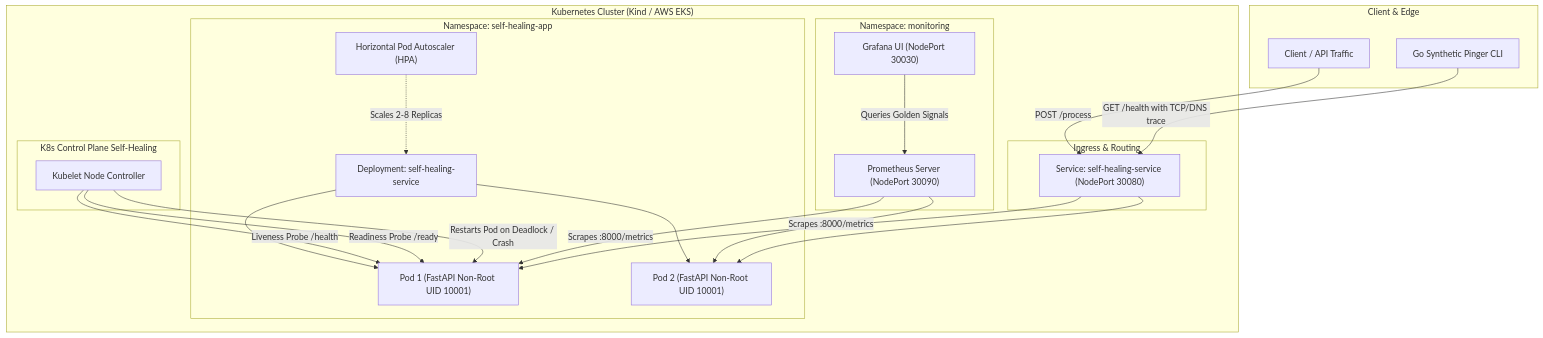
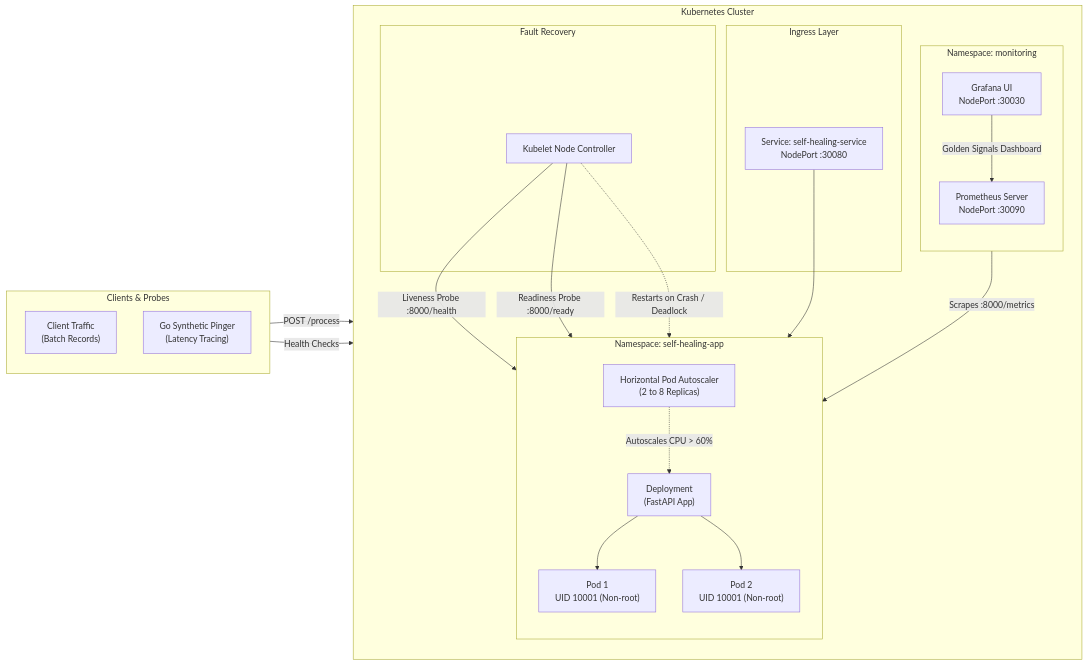
Before and after one commit to PSaanviBhat/Self-Healing-Containerized-Service-on-Kubernetes: the diagram in README.md, drawn with Mermaid.

Commit message:
Improve Mermaid architecture diagram layout and prevent label overlapping

````diff
--- a/README.md
+++ b/README.md
@@ -16,39 +16,47 @@
 ```mermaid
-flowchart TD
-    subgraph Client & Edge
-        Client["Client / API Traffic"]
-        GoCLI["Go Synthetic Pinger CLI"]
+flowchart LR
+    subgraph Traffic["Clients & Probes"]
+        direction TB
+        Client["Client Traffic<br/>(Batch Records)"]
+        GoCLI["Go Synthetic Pinger<br/>(Latency Tracing)"]
     end
 
-    subgraph Cluster ["Kubernetes Cluster (Kind / AWS EKS)"]
-        subgraph IngressLayer ["Ingress & Routing"]
-            Svc["Service: self-healing-service (NodePort 30080)"]
+    subgraph Cluster["Kubernetes Cluster"]
+        direction TB
+
+        subgraph Ingress["Ingress Layer"]
+            Svc["Service: self-healing-service<br/>NodePort :30080"]
         end
 
-        subgraph Workloads ["Namespace: self-healing-app"]
-            HPA["Horizontal Pod Autoscaler (HPA)"] -.->|Scales 2-8 Replicas| Deploy["Deployment: self-healing-service"]
-            Deploy --> Pod1["Pod 1 (FastAPI Non-Root UID 10001)"]
-            Deploy --> Pod2["Pod 2 (FastAPI Non-Root UID 10001)"]
+        subgraph AppNamespace["Namespace: self-healing-app"]
+            direction TB
+            Deploy["Deployment<br/>(FastAPI App)"]
+            HPA["Horizontal Pod Autoscaler<br/>(2 to 8 Replicas)"]
+            Pod1["Pod 1<br/>UID 10001 (Non-root)"]
+            Pod2["Pod 2<br/>UID 10001 (Non-root)"]
+
+            HPA -.->|Autoscales CPU > 60%| Deploy
+            Deploy --> Pod1
+            Deploy --> Pod2
         end
 
-        subgraph Probes ["K8s Control Plane Self-Healing"]
+        subgraph Healing["Fault Recovery"]
             Kubelet["Kubelet Node Controller"]
-            Kubelet -->|Liveness Probe /health| Pod1
-            Kubelet -->|Readiness Probe /ready| Pod1
-            Kubelet -->|Restarts Pod on Deadlock / Crash| Pod1
+            Kubelet -->|Liveness Probe :8000/health| Pod1
+            Kubelet -->|Readiness Probe :8000/ready| Pod1
+            Kubelet -.->|Restarts on Crash / Deadlock| Pod1
         end
 
-        subgraph Observability ["Namespace: monitoring"]
-            Prom["Prometheus Server (NodePort 30090)"]
-            Grafana["Grafana UI (NodePort 30030)"]
-            Prom -->|Scrapes :8000/metrics| Pod1
+        subgraph Monitoring["Namespace: monitoring"]
+            direction TB
+            Prom["Prometheus Server<br/>NodePort :30090"]
+            Grafana["Grafana UI<br/>NodePort :30030"]
             Prom -->|Scrapes :8000/metrics| Pod2
-            Grafana -->|Queries Golden Signals| Prom
+            Grafana -->|Golden Signals Dashboard| Prom
         end
     end
 
     Client -->|POST /process| Svc
-    GoCLI -->|GET /health with TCP/DNS trace| Svc
-    Svc --> Pod1
-    Svc --> Pod2
+    GoCLI -->|Health Checks| Svc
+    Svc --> Deploy
 ```
````
